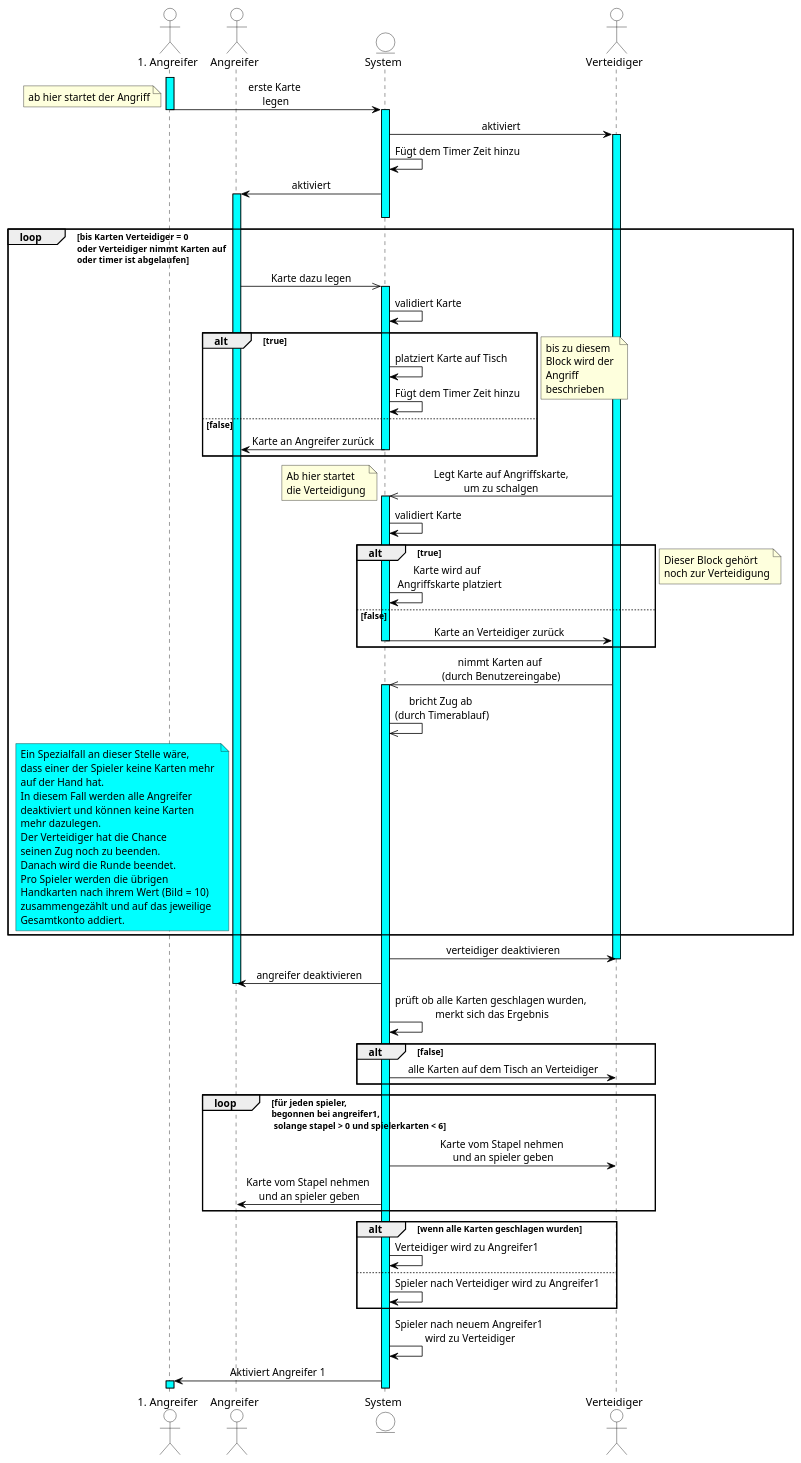
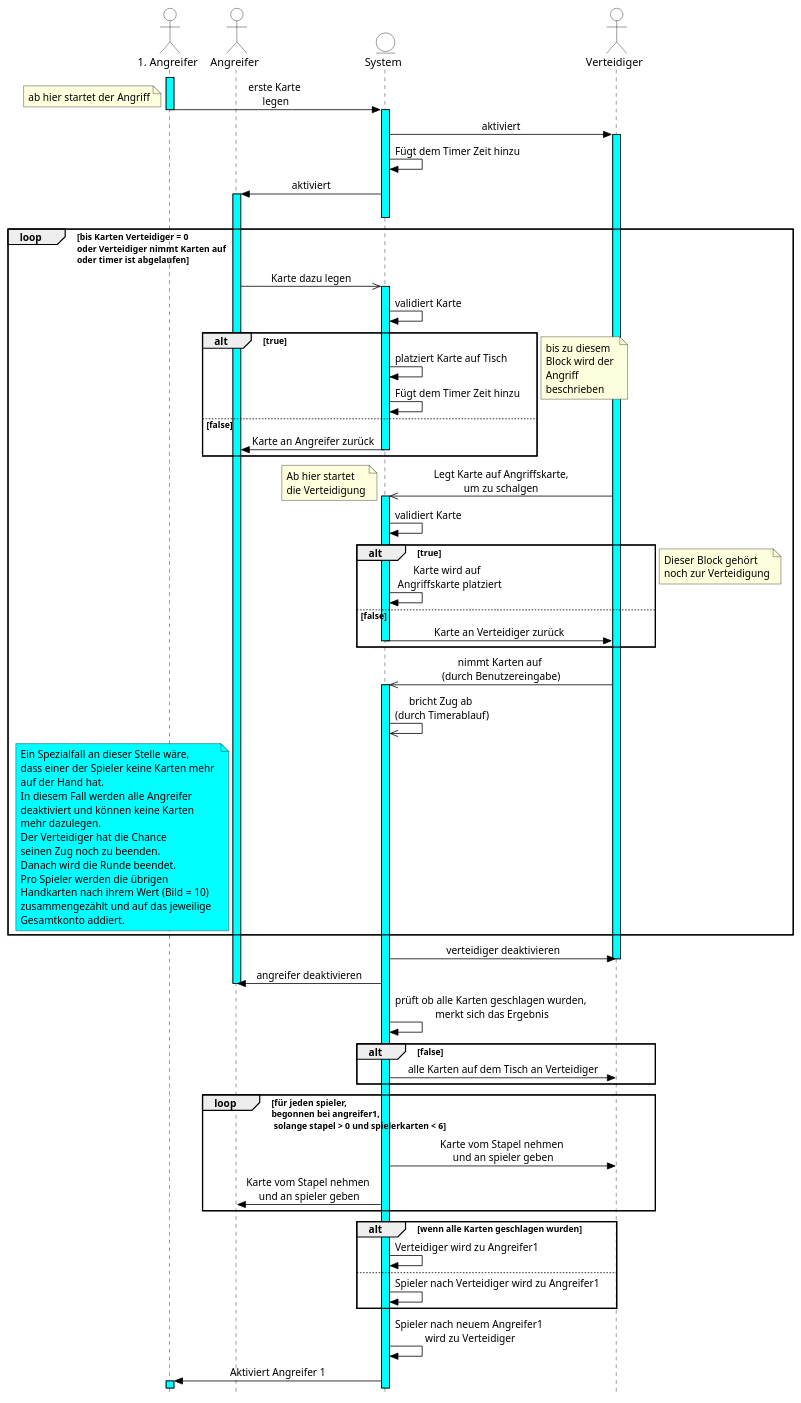
Before and after one commit to DerLurchi/Durak: the diagram in Sequenzdiagramm/Sequenzdiagramm_Zug.puml, drawn with PlantUML.

Commit message:
untere icons entfernt

```diff
--- a/Sequenzdiagramm/Sequenzdiagramm_Zug.puml
+++ b/Sequenzdiagramm/Sequenzdiagramm_Zug.puml
@@ -1,126 +1,128 @@
 @startuml Durak Zug
 
 skinparam {
+    Style strictuml
+
     ArrowColor black
     ActorBorderColor black
     ActorBackgroundColor white
     ActorFontColor black
 
     EntityBackgroundColor lawnGreen
     EntityBackgroundColor white
     EntityBorderColor black
 
     SequenceMessageAlignment center 
 }
 
 skinparam sequence {
     LifeLineBorderColor black
     LifeLineBackgroundColor #aqua
 }
 
 skinparam Shadowing false
 
 '-----------------------------------------------------
 
 actor "1. Angreifer" as a1
 actor "Angreifer" as a
 entity System as sys
 actor Verteidiger as v
 
 '-----------------------------------------------------
 activate a1
 a1 -> sys --++: erste Karte \nlegen
 note left: ab hier startet der Angriff
 
 
 sys -> v ++ : aktiviert
 sys -> sys : Fügt dem Timer Zeit hinzu
 sys -> a ++-- : aktiviert
 
 
 loop bis Karten Verteidiger = 0 \noder Verteidiger nimmt Karten auf \noder timer ist abgelaufen
     
     a ->> sys ++: Karte dazu legen
 
     sys -> sys : validiert Karte
 
     alt true
 
         sys -> sys : platziert Karte auf Tisch
         sys -> sys : Fügt dem Timer Zeit hinzu
 
     else false
 
         sys -> a --: Karte an Angreifer zurück
 
     end
     note left: bis zu diesem \nBlock wird der \nAngriff \nbeschrieben
 
     v ->> sys ++ : Legt Karte auf Angriffskarte,\num zu schalgen
     note left: Ab hier startet \ndie Verteidigung
 
     sys -> sys : validiert Karte
 
     alt true
 
         sys -> sys : Karte wird auf \n Angriffskarte platziert
 
     else false
 
         sys -> v -- : Karte an Verteidiger zurück
 
     end
     note left: Dieser Block gehört \nnoch zur Verteidigung
 
     v ->> sys ++ : nimmt Karten auf \n(durch Benutzereingabe)
     sys ->> sys: bricht Zug ab \n(durch Timerablauf)
     note left of a #aqua
     Ein Spezialfall an dieser Stelle wäre,
     dass einer der Spieler keine Karten mehr 
     auf der Hand hat.
     In diesem Fall werden alle Angreifer 
     deaktiviert und können keine Karten 
     mehr dazulegen.
     Der Verteidiger hat die Chance 
     seinen Zug noch zu beenden.
     Danach wird die Runde beendet.
     Pro Spieler werden die übrigen 
     Handkarten nach ihrem Wert (Bild = 10) 
     zusammengezählt und auf das jeweilige 
     Gesamtkonto addiert.
     end note
 
 end
 
 
 sys -> v : verteidiger deaktivieren
 deactivate v
 sys -> a : angreifer deaktivieren
 deactivate a
 
 sys -> sys : prüft ob alle Karten geschlagen wurden, \nmerkt sich das Ergebnis
 
 alt false
 
     sys -> v : alle Karten auf dem Tisch an Verteidiger
 
 end
 
 loop für jeden spieler, \nbegonnen bei angreifer1, \n solange stapel > 0 und spielerkarten < 6
     sys -> v : Karte vom Stapel nehmen \nund an spieler geben
     sys -> a : Karte vom Stapel nehmen \nund an spieler geben
 end
 
 alt wenn alle Karten geschlagen wurden
     sys -> sys : Verteidiger wird zu Angreifer1
 
 else
     sys -> sys : Spieler nach Verteidiger wird zu Angreifer1
 end
 
 sys -> sys : Spieler nach neuem Angreifer1 \nwird zu Verteidiger
 
 sys -> a1 ++ : Aktiviert Angreifer 1
 
 
 @enduml
```
